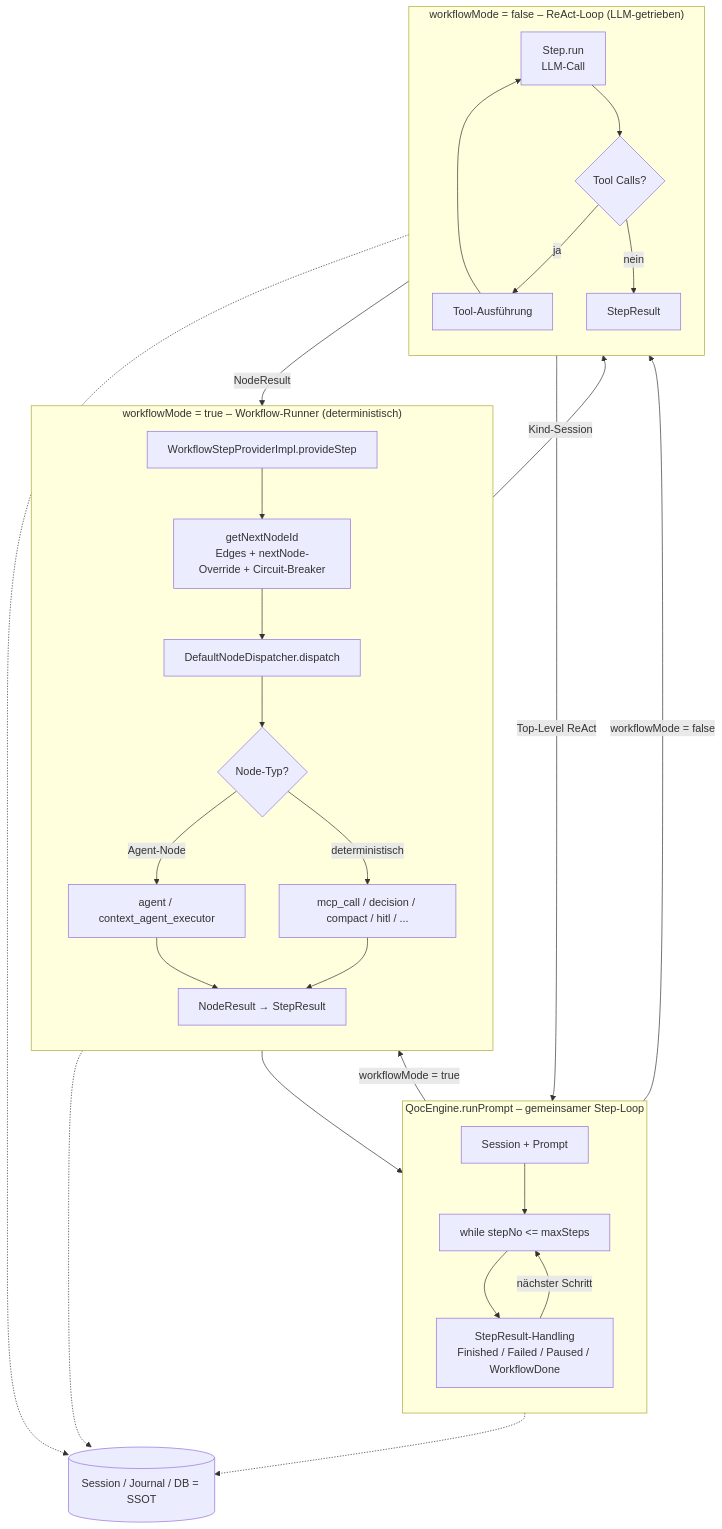
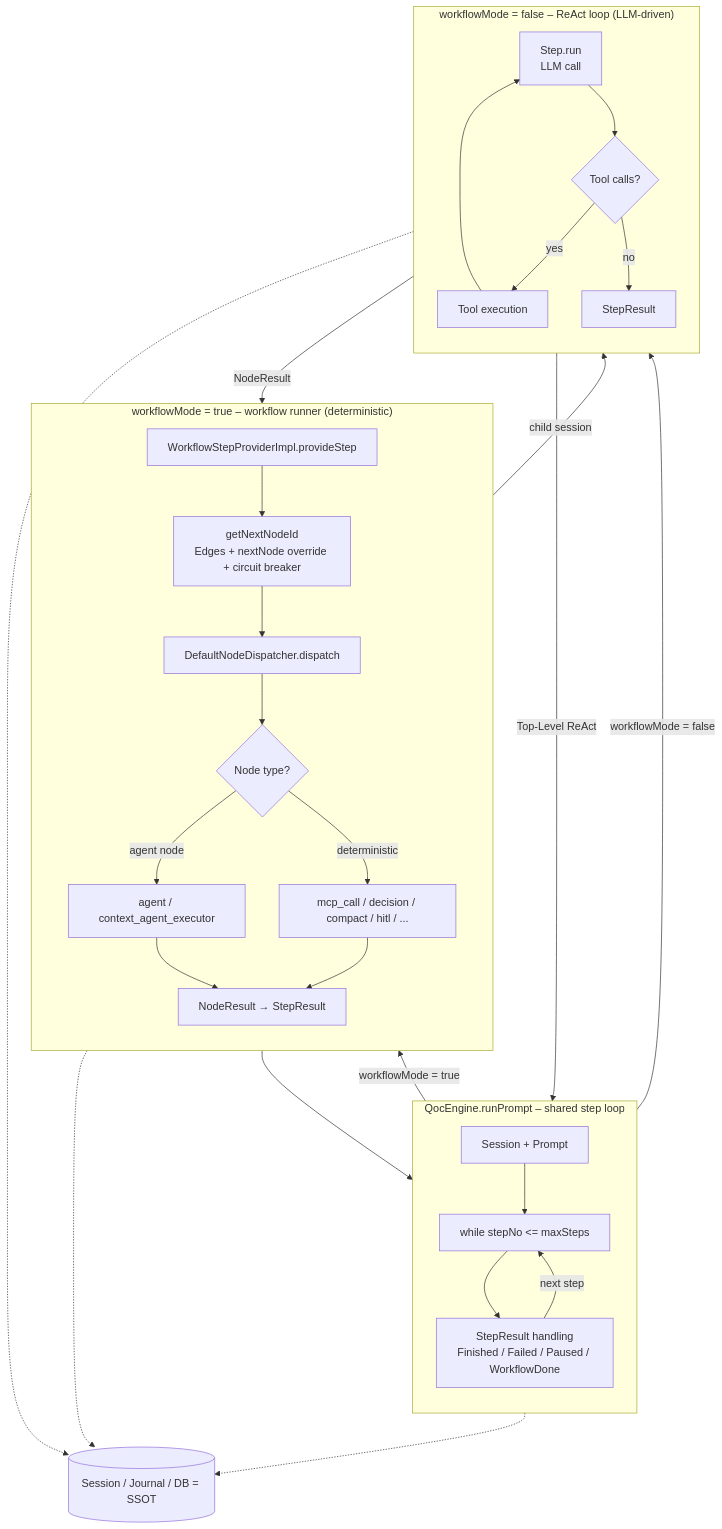
One commit to augmentia-de/QOC changed the diagram in docs/plans/qocengine-loop-modes.md. Above: the diagram before and after it, drawn with Mermaid. The commit also changed other lines of this file and 111 other files, not shown here.

````diff
--- a/docs/plans/qocengine-loop-modes.md
+++ b/docs/plans/qocengine-loop-modes.md
@@ -5,57 +5,57 @@
 ```mermaid
 flowchart TB
-    %% ================= Gemeinsamer Kern =================
-    subgraph CORE["QocEngine.runPrompt – gemeinsamer Step-Loop"]
+    %% ================= Shared core =================
+    subgraph CORE["QocEngine.runPrompt – shared step loop"]
         direction TB
         C1["Session + Prompt"]
         C2["while stepNo &lt;= maxSteps"]
-        C3["StepResult-Handling<br/>Finished / Failed / Paused / WorkflowDone"]
+        C3["StepResult handling<br/>Finished / Failed / Paused / WorkflowDone"]
         C1 --> C2 --> C3
-        C3 -->|nächster Schritt| C2
+        C3 -->|next step| C2
     end
 
-    %% ================= Workflow-Modus =================
-    subgraph WFMODE["workflowMode = true – Workflow-Runner (deterministisch)"]
+    %% ================= Workflow mode =================
+    subgraph WFMODE["workflowMode = true – workflow runner (deterministic)"]
         direction TB
         W1["WorkflowStepProviderImpl.provideStep"]
-        W2["getNextNodeId<br/>Edges + nextNode-Override + Circuit-Breaker"]
+        W2["getNextNodeId<br/>Edges + nextNode override + circuit breaker"]
         W3["DefaultNodeDispatcher.dispatch"]
-        W4{"Node-Typ?"}
+        W4{"Node type?"}
         W5["agent / context_agent_executor"]
         W6["mcp_call / decision / compact / hitl / ..."]
         W7["NodeResult → StepResult"]
         W1 --> W2 --> W3 --> W4
-        W4 -->|Agent-Node| W5
-        W4 -->|deterministisch| W6
+        W4 -->|agent node| W5
+        W4 -->|deterministic| W6
         W5 --> W7
         W6 --> W7
     end
 
-    %% ================= ReAct-Modus =================
-    subgraph REACT["workflowMode = false – ReAct-Loop (LLM-getrieben)"]
+    %% ================= ReAct mode =================
+    subgraph REACT["workflowMode = false – ReAct loop (LLM-driven)"]
         direction TB
-        R1["Step.run<br/>LLM-Call"]
-        R2{"Tool Calls?"}
-        R3["Tool-Ausführung"]
+        R1["Step.run<br/>LLM call"]
+        R2{"Tool calls?"}
+        R3["Tool execution"]
         R4["StepResult"]
         R1 --> R2
-        R2 -->|ja| R3 --> R1
-        R2 -->|nein| R4
+        R2 -->|yes| R3 --> R1
+        R2 -->|no| R4
     end
 
-    %% ================= Steuerung =================
+    %% ================= Control =================
     C2 -->|workflowMode = true| W1
     C2 -->|workflowMode = false| R1
     W7 --> C3
     R4 -->|Top-Level ReAct| C3
 
-    %% ================= Verschachtelung =================
-    W5 -->|Kind-Session| R1
+    %% ================= Nesting =================
+    W5 -->|child session| R1
     R4 -->|NodeResult| W5
 
-    %% ================= Gemeinsame Persistenz =================
+    %% ================= Shared persistence =================
     DB[("Session / Journal / DB = SSOT")]
     C1 -.-> DB
     W7 -.-> DB
     R4 -.-> DB
 ```
````
